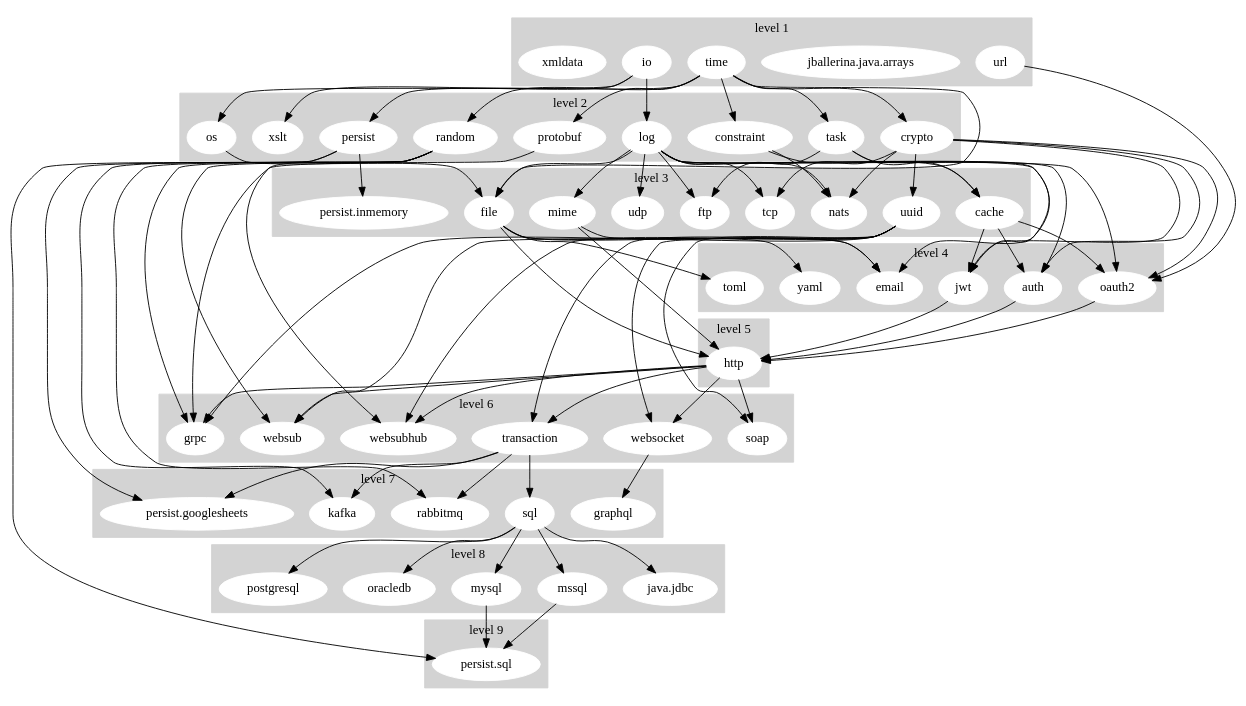
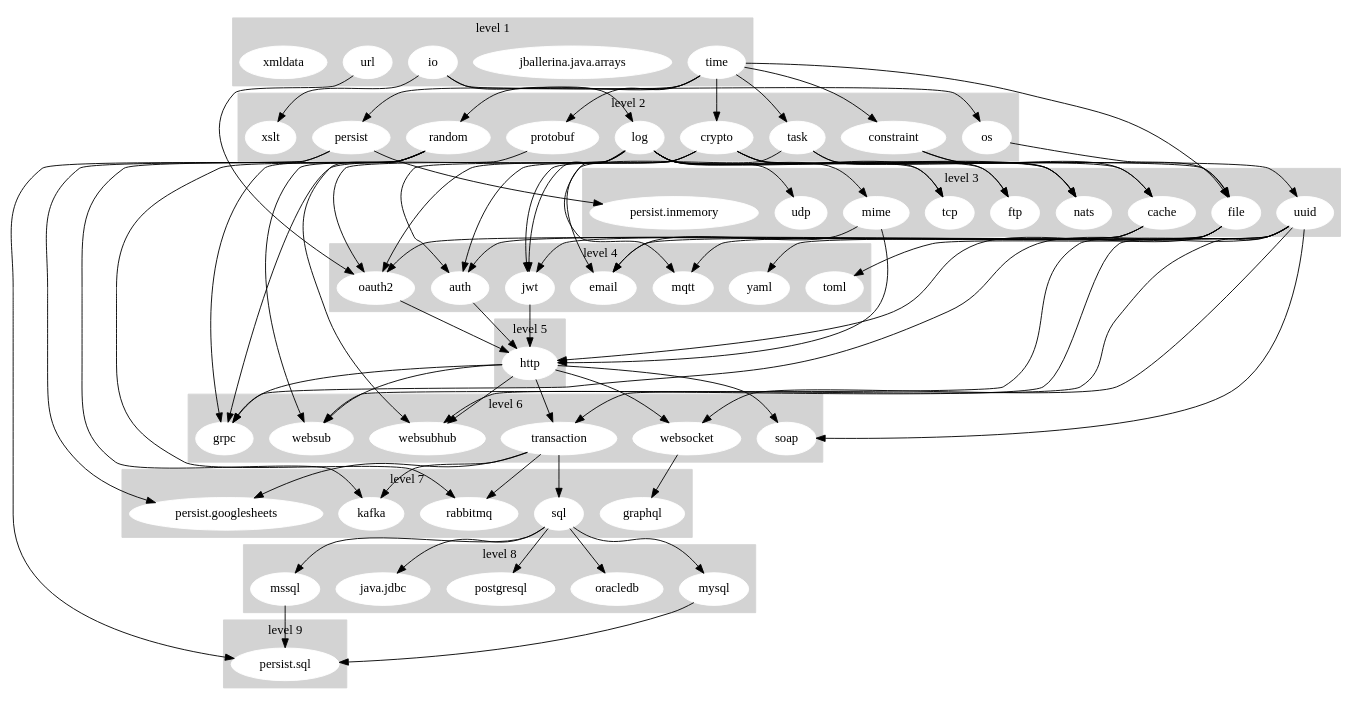
The diagram in dashboard/stdlib_graph.gv (ballerina-platform/ballerina-release), drawn with Graphviz before and after one commit.

Commit message:
[Automated] Update Stdlib Dependency Graph

```diff
--- a/dashboard/stdlib_graph.gv
+++ b/dashboard/stdlib_graph.gv
@@ -1,171 +1,174 @@
 digraph "Stdlib Dependency Graph" {
 	subgraph cluster_1 {
 		node [color=white style=filled]
 		color=lightgrey style=filled
 		io
 		"jballerina.java.arrays"
 		time
 		url
 		xmldata
 		label="level 1"
 	}
 	subgraph cluster_2 {
 		node [color=white style=filled]
 		color=lightgrey style=filled
 		constraint
 		crypto
 		log
 		os
 		persist
 		protobuf
 		random
 		task
 		xslt
 		label="level 2"
 	}
 	subgraph cluster_3 {
 		node [color=white style=filled]
 		color=lightgrey style=filled
 		cache
 		file
 		ftp
 		mime
 		nats
 		"persist.inmemory"
 		tcp
 		udp
 		uuid
 		label="level 3"
 	}
 	subgraph cluster_4 {
 		node [color=white style=filled]
 		color=lightgrey style=filled
 		auth
 		email
 		jwt
+		mqtt
 		oauth2
 		toml
 		yaml
 		label="level 4"
 	}
 	subgraph cluster_5 {
 		node [color=white style=filled]
 		color=lightgrey style=filled
 		http
 		label="level 5"
 	}
 	subgraph cluster_6 {
 		node [color=white style=filled]
 		color=lightgrey style=filled
 		grpc
 		soap
 		transaction
 		websocket
 		websub
 		websubhub
 		label="level 6"
 	}
 	subgraph cluster_7 {
 		node [color=white style=filled]
 		color=lightgrey style=filled
 		graphql
 		kafka
 		"persist.googlesheets"
 		rabbitmq
 		sql
 		label="level 7"
 	}
 	subgraph cluster_8 {
 		node [color=white style=filled]
 		color=lightgrey style=filled
 		"java.jdbc"
 		mssql
 		mysql
 		oracledb
 		postgresql
 		label="level 8"
 	}
 	subgraph cluster_9 {
 		node [color=white style=filled]
 		color=lightgrey style=filled
 		"persist.sql"
 		label="level 9"
 	}
 	io -> log
 	io -> os
 	io -> xslt
 	time -> constraint
 	time -> crypto
 	time -> file
 	time -> persist
 	time -> protobuf
 	time -> random
 	time -> task
 	url -> oauth2
 	constraint -> cache
 	constraint -> nats
 	crypto -> auth
 	crypto -> jwt
 	crypto -> nats
 	crypto -> oauth2
 	crypto -> tcp
 	crypto -> uuid
 	log -> auth
 	log -> file
 	log -> ftp
 	log -> jwt
 	log -> mime
+	log -> mqtt
 	log -> nats
 	log -> oauth2
 	log -> tcp
 	log -> udp
 	os -> file
 	persist -> "persist.googlesheets"
 	persist -> "persist.inmemory"
 	persist -> "persist.sql"
 	protobuf -> grpc
 	random -> grpc
 	random -> kafka
 	random -> rabbitmq
 	random -> websub
 	random -> websubhub
 	task -> cache
 	task -> email
 	task -> ftp
 	cache -> auth
 	cache -> jwt
 	cache -> oauth2
 	file -> email
 	file -> http
 	file -> toml
 	file -> yaml
 	mime -> email
 	mime -> http
 	uuid -> grpc
+	uuid -> mqtt
 	uuid -> soap
 	uuid -> transaction
 	uuid -> websocket
 	uuid -> websub
 	uuid -> websubhub
 	auth -> http
 	jwt -> http
 	oauth2 -> http
 	http -> grpc
 	http -> soap
 	http -> transaction
 	http -> websocket
 	http -> websub
 	http -> websubhub
 	transaction -> kafka
 	transaction -> "persist.googlesheets"
 	transaction -> rabbitmq
 	transaction -> sql
 	websocket -> graphql
 	sql -> "java.jdbc"
 	sql -> mssql
 	sql -> mysql
 	sql -> oracledb
 	sql -> postgresql
 	mssql -> "persist.sql"
 	mysql -> "persist.sql"
 }
```
